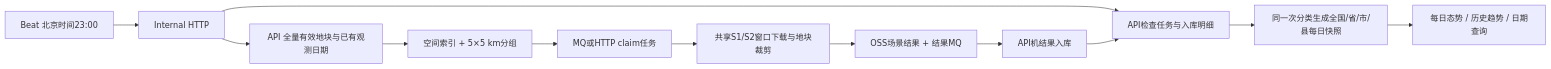
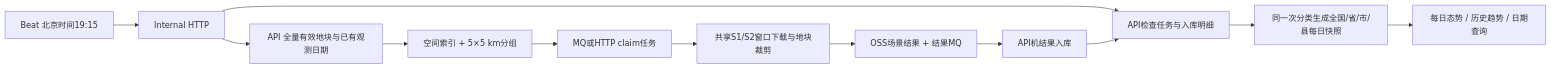
One commit to 520LuoTianxu/agric-satellite-analysis-api changed the diagram in docs/adr/0026-daily-satellite-overview.md. Above: the diagram before and after it, drawn with Mermaid. The commit also changed other lines of this file and 8 other files, not shown here.

````diff
--- a/docs/adr/0026-daily-satellite-overview.md
+++ b/docs/adr/0026-daily-satellite-overview.md
@@ -9,14 +9,14 @@
 ```mermaid
 flowchart LR
-    B[Beat 北京时间23:00] --> H[Internal HTTP]
+    B[Beat 北京时间19:15] --> H[Internal HTTP]
     H --> A[API 全量有效地块与已有观测日期]
     A --> G[空间索引 + 5×5 km分组]
     G --> Q[MQ或HTTP claim任务]
     Q --> W[共享S1/S2窗口下载与地块裁剪]
     W --> O[OSS场景结果 + 结果MQ]
     O --> P[API机结果入库]
     H --> C[API检查任务与入库明细]
     P --> C
     C --> D[同一次分类生成全国/省/市/县每日快照]
     D --> U[每日态势 / 历史趋势 / 日期查询]
 ```
````
